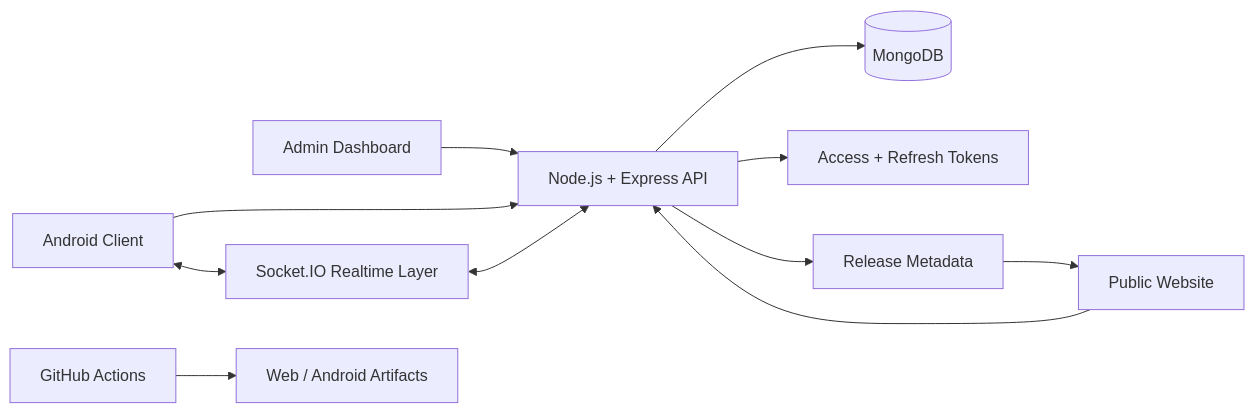
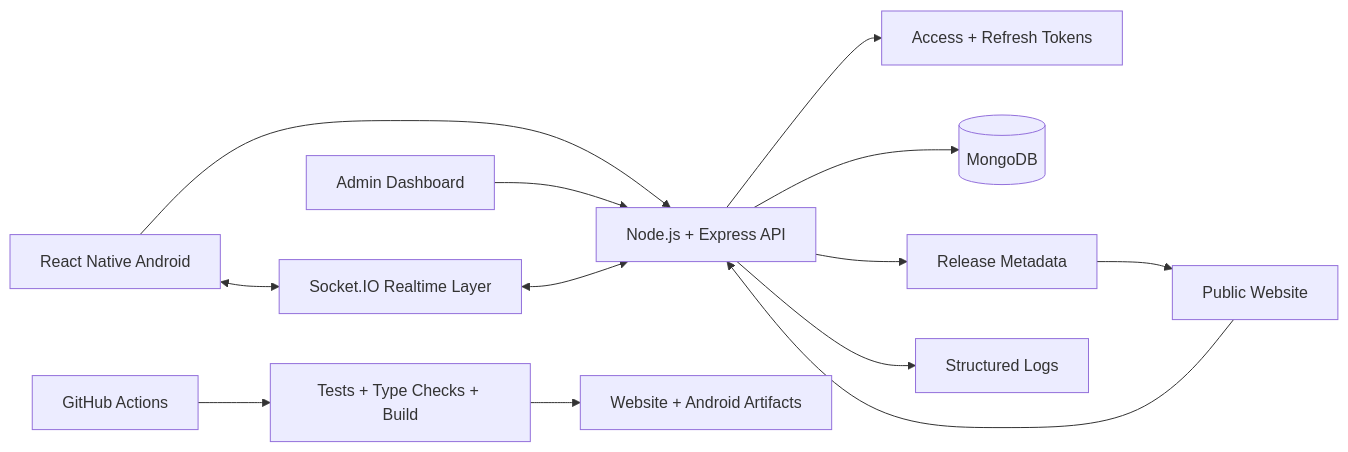
Before and after one commit to shyamraj2143/whatsapp: the first of 2 diagrams in README.md, drawn with Mermaid. The commit also changed other lines of this file, not shown here.

````diff
--- a/README.md
+++ b/README.md
@@ -31,13 +96,15 @@
 ```mermaid
 flowchart LR
-    M[Android Client] --> API[Node.js + Express API]
-    W[Public Website] --> API
-    A[Admin Dashboard] --> API
-    M <--> S[Socket.IO Realtime Layer]
-    S <--> API
+    MOBILE[React Native Android] --> API[Node.js + Express API]
+    WEB[Public Website] --> API
+    ADMIN[Admin Dashboard] --> API
+    MOBILE <--> SOCKET[Socket.IO Realtime Layer]
+    SOCKET <--> API
+    API --> AUTH[Access + Refresh Tokens]
     API --> DB[(MongoDB)]
-    API --> AUTH[Access + Refresh Tokens]
-    API --> RELEASES[Release Metadata]
-    RELEASES --> W
-    CI[GitHub Actions] --> BUILDS[Web / Android Artifacts]
+    API --> RELEASE[Release Metadata]
+    API --> LOGS[Structured Logs]
+    RELEASE --> WEB
+    CI[GitHub Actions] --> VERIFY[Tests + Type Checks + Build]
+    VERIFY --> ARTIFACTS[Website + Android Artifacts]
 ```
````
